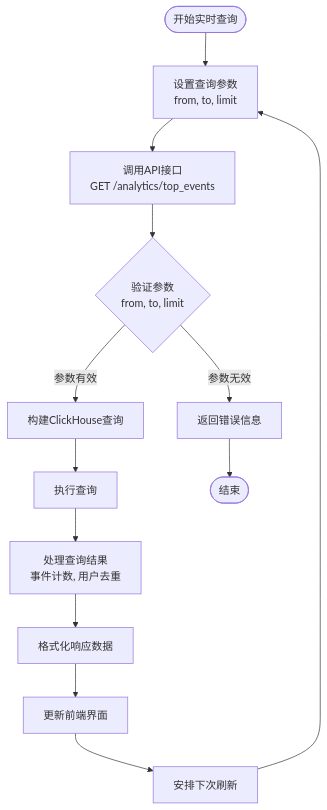
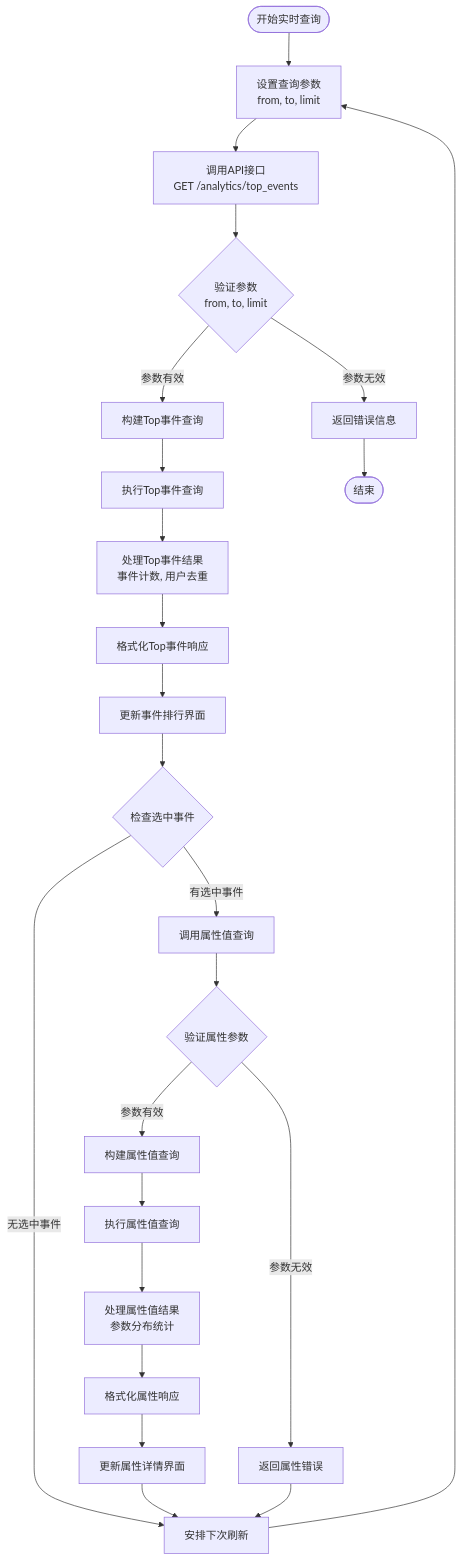
The fifth of 11 diagrams in .qoder/repowiki/zh/content/Web控制台/实时分析功能.md (zhen-zhong/AeroLog), drawn with Mermaid before and after one commit. The commit also changed other lines of this file and 84 other files, not shown here.

````diff
--- a/.qoder/repowiki/zh/content/Web控制台/实时分析功能.md
+++ b/.qoder/repowiki/zh/content/Web控制台/实时分析功能.md
@@ -232,16 +260,27 @@
 ```mermaid
 flowchart TD
 Start([开始实时查询]) --> SetParams[设置查询参数<br/>from, to, limit]
-SetParams --> CallAPI[调用API接口<br/>GET /analytics/top_events]
-CallAPI --> ValidateParams{验证参数<br/>from, to, limit}
+SetParams --> CallTopEvents[调用API接口<br/>GET /analytics/top_events]
+CallTopEvents --> ValidateParams{验证参数<br/>from, to, limit}
 ValidateParams --> |参数无效| ReturnError[返回错误信息]
-ValidateParams --> |参数有效| BuildQuery[构建ClickHouse查询]
-BuildQuery --> ExecuteQuery[执行查询]
-ExecuteQuery --> ProcessResults[处理查询结果<br/>事件计数, 用户去重]
-ProcessResults --> FormatResponse[格式化响应数据]
-FormatResponse --> UpdateUI[更新前端界面]
-UpdateUI --> ScheduleRefresh[安排下次刷新]
+ValidateParams --> |参数有效| BuildTopQuery[构建Top事件查询]
+BuildTopQuery --> ExecuteTopQuery[执行Top事件查询]
+ExecuteTopQuery --> ProcessTopResults[处理Top事件结果<br/>事件计数, 用户去重]
+ProcessTopResults --> FormatTopResponse[格式化Top事件响应]
+FormatTopResponse --> UpdateTopUI[更新事件排行界面]
+UpdateTopUI --> CheckSelectedEvent{检查选中事件}
+CheckSelectedEvent --> |有选中事件| CallPropertyValues[调用属性值查询]
+CheckSelectedEvent --> |无选中事件| ScheduleRefresh[安排下次刷新]
+CallPropertyValues --> ValidatePropertyParams{验证属性参数}
+ValidatePropertyParams --> |参数无效| ReturnPropertyError[返回属性错误]
+ValidatePropertyParams --> |参数有效| BuildPropertyQuery[构建属性值查询]
+BuildPropertyQuery --> ExecutePropertyQuery[执行属性值查询]
+ExecutePropertyQuery --> ProcessPropertyResults[处理属性值结果<br/>参数分布统计]
+ProcessPropertyResults --> FormatPropertyResponse[格式化属性响应]
+FormatPropertyResponse --> UpdatePropertyUI[更新属性详情界面]
+UpdatePropertyUI --> ScheduleRefresh
+ReturnError --> End([结束])
+ReturnPropertyError --> ScheduleRefresh
 ScheduleRefresh --> SetParams
-ReturnError --> End([结束])
 End([结束])
 ```
````
